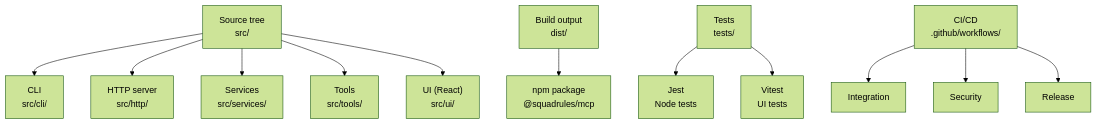
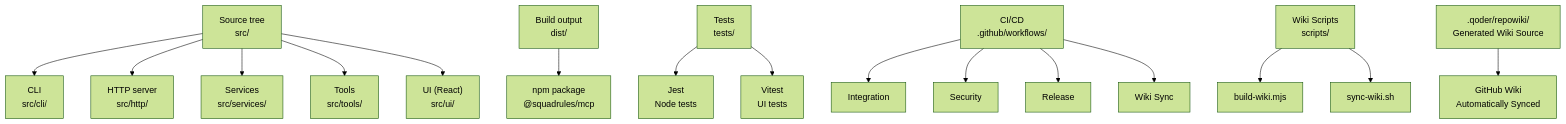
Before and after one commit to SquadRules/mcp: the first of 4 diagrams in .qoder/repowiki/en/content/Development Guide.md, drawn with Mermaid (forest theme). The commit also changed other lines of this file and 2 other files, not shown here.

Commit message:
docs: regenerate wiki content and knowledge index

````diff
--- a/.qoder/repowiki/en/content/Development Guide.md
+++ b/.qoder/repowiki/en/content/Development Guide.md
@@ -44,14 +57,18 @@
 ```mermaid
 graph TB
 A["Source tree<br/>src/"] --> B["CLI<br/>src/cli/"]
 A --> C["HTTP server<br/>src/http/"]
 A --> D["Services<br/>src/services/"]
 A --> E["Tools<br/>src/tools/"]
 A --> F["UI (React)<br/>src/ui/"]
 G["Build output<br/>dist/"] --> H["npm package<br/>@squadrules/mcp"]
 I["Tests<br/>tests/"] --> J["Jest<br/>Node tests"]
 I --> K["Vitest<br/>UI tests"]
 L["CI/CD<br/>.github/workflows/"] --> M["Integration"]
 L --> N["Security"]
 L --> O["Release"]
+L --> P["Wiki Sync"]
+Q["Wiki Scripts<br/>scripts/"] --> R["build-wiki.mjs"]
+Q --> S["sync-wiki.sh"]
+T[".qoder/repowiki/<br/>Generated Wiki Source"] --> U["GitHub Wiki<br/>Automatically Synced"]
 ```
````
